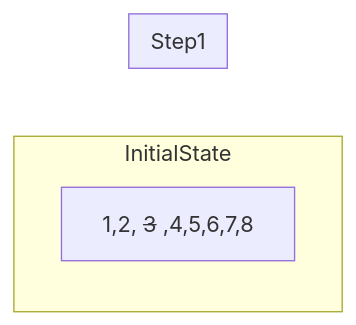
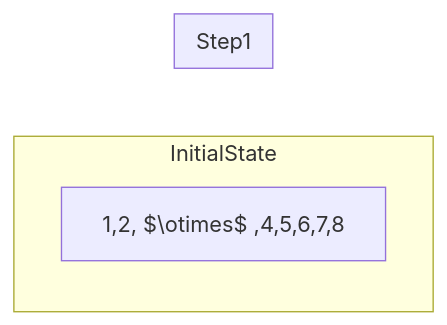
Before and after one commit to zeerre/PLC: the eighth of 8 diagrams in C-C++/algorithembook/AlgorithmCompetitionBeginnersClassicTrainingGuide/README.MD, drawn with Mermaid.

Commit message:
Update the master.comp branch

````diff
--- a/C-C++/algorithembook/AlgorithmCompetitionBeginnersClassicTrainingGuide/README.MD
+++ b/C-C++/algorithembook/AlgorithmCompetitionBeginnersClassicTrainingGuide/README.MD
@@ -2208,9 +2208,9 @@
 ```mermaid
 graph LR
 	  subgraph InitialState
 	  A[1,2,3,4,5,6,7,8]
 	  end
 	  subgraph Step1
-	  A[1,2, <del>3</del> ,4,5,6,7,8]
+	  A[1,2,  $\otimes$  ,4,5,6,7,8]
 	  end
 ```
````
